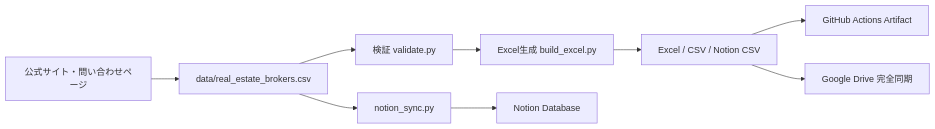
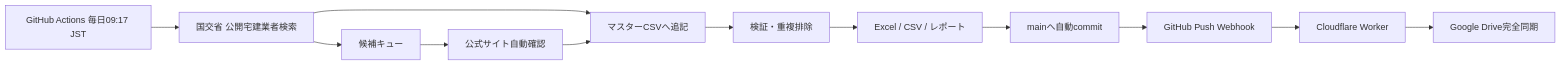
Before and after one commit to univcorp2-ctrl/japan-real-estate-broker-database: the diagram in README.md, drawn with Mermaid. The commit also changed other lines of this file, not shown here.

Commit message:
feat: run full daily cloud discovery-to-drive pipeline

````diff
--- a/README.md
+++ b/README.md
@@ -65,11 +97,14 @@
 ```mermaid
 flowchart LR
-    A[公式サイト・問い合わせページ] --> B[data/real_estate_brokers.csv]
-    B --> C[検証 validate.py]
-    C --> D[Excel生成 build_excel.py]
-    D --> E[Excel / CSV / Notion CSV]
-    E --> F[GitHub Actions Artifact]
-    E --> G[Google Drive 完全同期]
-    B --> H[notion_sync.py]
-    H --> I[Notion Database]
+    A[GitHub Actions 毎日09:17 JST] --> B[国交省 公開宅建業者検索]
+    B --> C[候補キュー]
+    C --> D[公式サイト自動確認]
+    B --> E[マスターCSVへ追記]
+    D --> E
+    E --> F[検証・重複排除]
+    F --> G[Excel / CSV / レポート]
+    G --> H[mainへ自動commit]
+    H --> I[GitHub Push Webhook]
+    I --> J[Cloudflare Worker]
+    J --> K[Google Drive完全同期]
 ```
````
